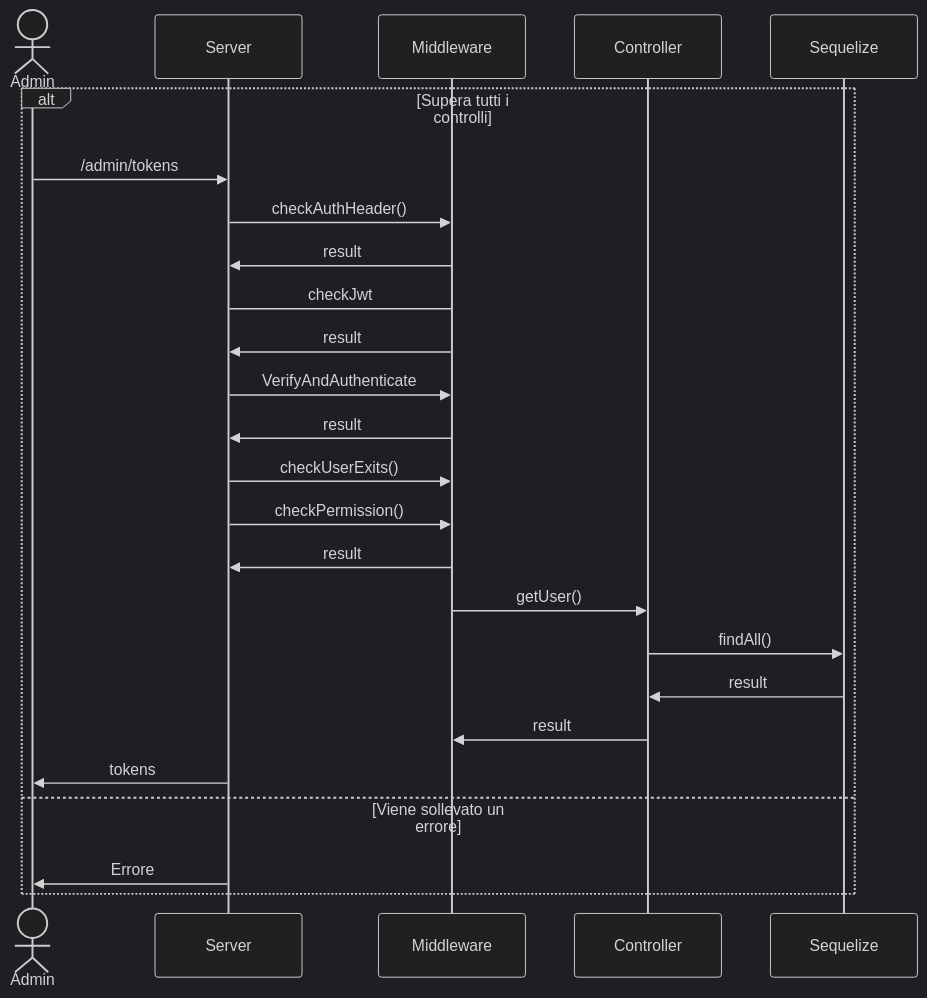
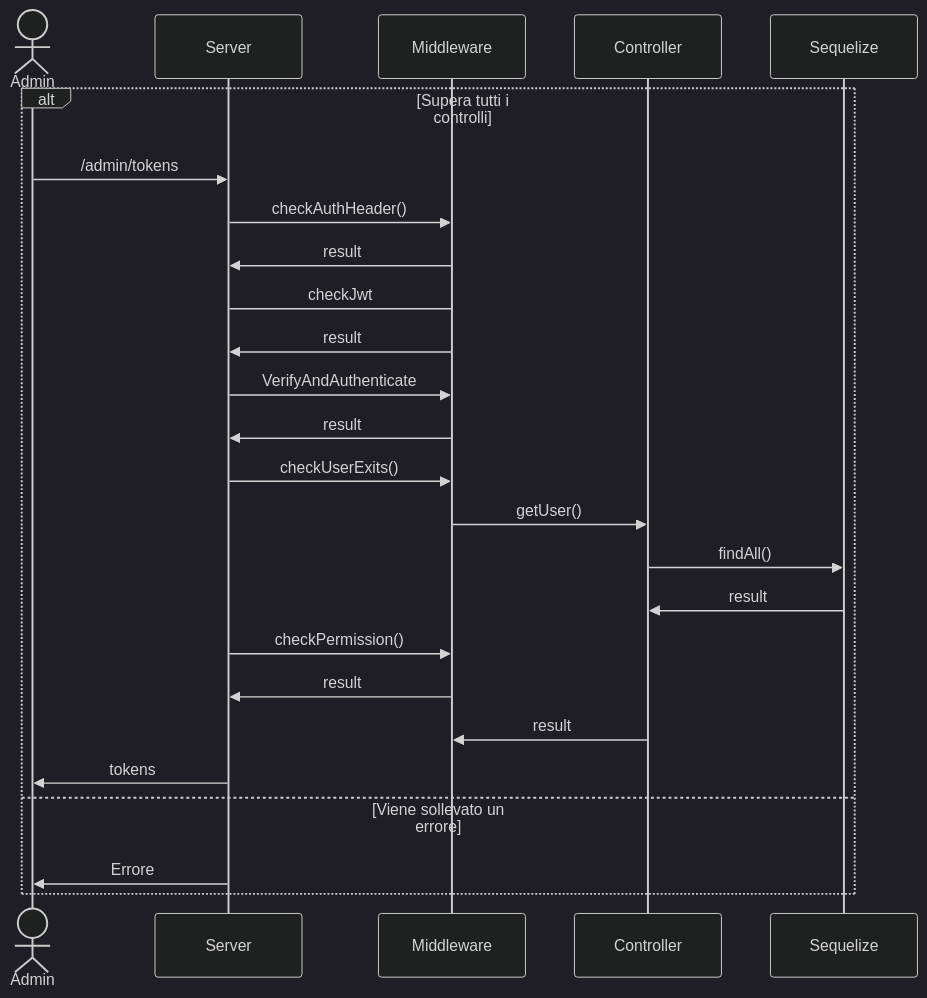
One commit to AgneseBruglia/PA2024 changed the fifth of 7 diagrams in README.md. Above: the diagram before and after it, drawn with Mermaid (dark theme). The commit also changed other lines of this file, not shown here.

````diff
--- a/README.md
+++ b/README.md
@@ -262,23 +262,23 @@
 ```mermaid
 sequenceDiagram
     alt Supera tutti i controlli
         actor Admin
         Admin->>Server: /admin/tokens
         Server->>Middleware: checkAuthHeader()
         Middleware->>Server: result
         Server->Middleware: checkJwt
         Middleware->>Server: result
         Server->>Middleware: VerifyAndAuthenticate 
         Middleware->>Server: result
         Server->>Middleware: checkUserExits()
-        Server->>Middleware: checkPermission()
-        Middleware->>Server: result 
         Middleware->>Controller: getUser()
         Controller->>Sequelize: findAll()
         Sequelize->>Controller: result
+        Server->>Middleware: checkPermission()
+        Middleware->>Server: result 
         Controller->>Middleware: result
         Server->>Admin: tokens
     else Viene sollevato un errore
         Server->>Admin: Errore
     end
 ```
````
